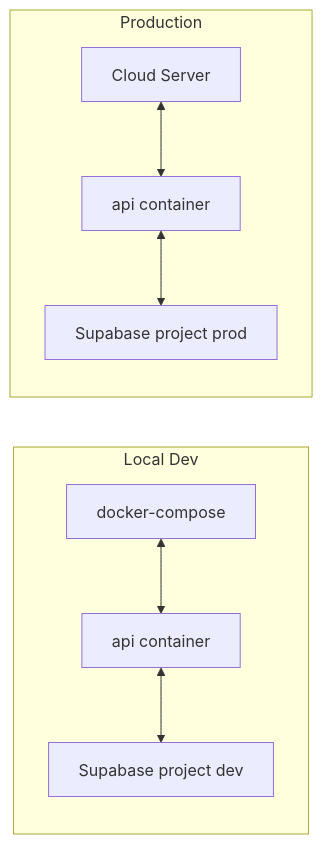
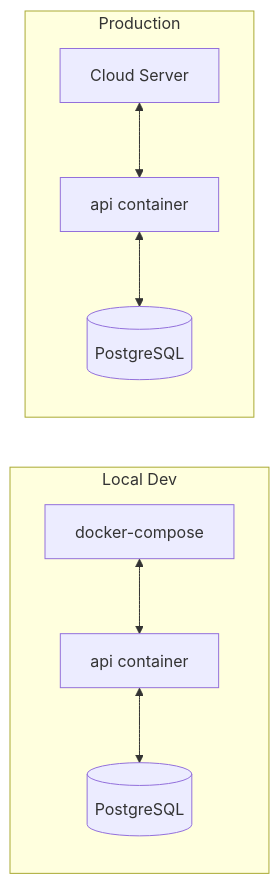
Before and after one commit to 1797127235/IdeoTrack: the fourth of 4 diagrams in _bmad-output/planning-artifacts/architecture/architecture-IdeoTrack-2026-06-22/ARCHITECTURE-SPINE.md, drawn with Mermaid. The commit also changed other lines of this file and 19 other files, not shown here.

Commit message:
refactor(api): migrate backend from Supabase to self-hosted PostgreSQL + Docker deployment

````diff
--- a/_bmad-output/planning-artifacts/architecture/architecture-IdeoTrack-2026-06-22/ARCHITECTURE-SPINE.md
+++ b/_bmad-output/planning-artifacts/architecture/architecture-IdeoTrack-2026-06-22/ARCHITECTURE-SPINE.md
@@ -324,11 +323,11 @@
 ```mermaid
 flowchart LR
     subgraph Dev["Local Dev"]
         DC[docker-compose]<-->API[api container]
-        API<-->SupabaseDev[Supabase project dev]
+        API<-->PostgresDev[(PostgreSQL)]
     end
     subgraph Prod["Production"]
         Server[Cloud Server]<-->APIP[api container]
-        APIP<-->SupabaseProd[Supabase project prod]
+        APIP<-->PostgresProd[(PostgreSQL)]
     end
 ```
````
